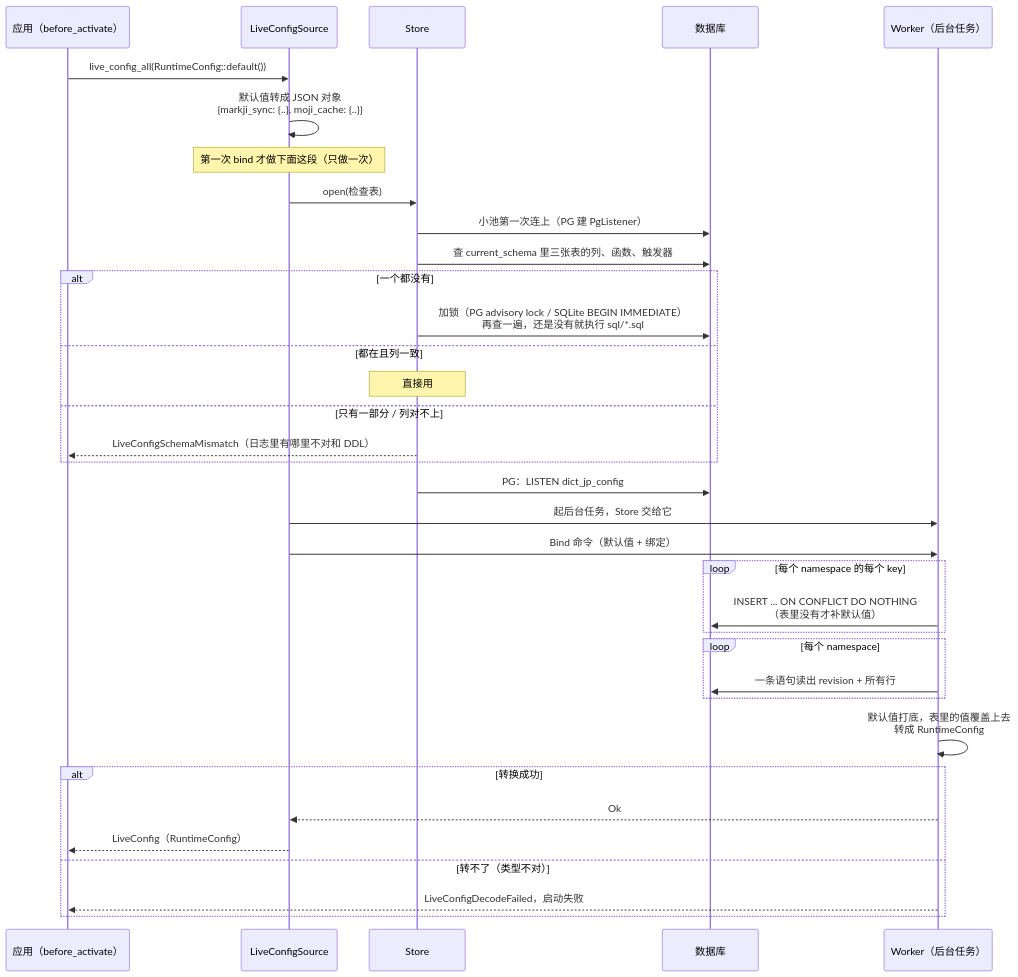
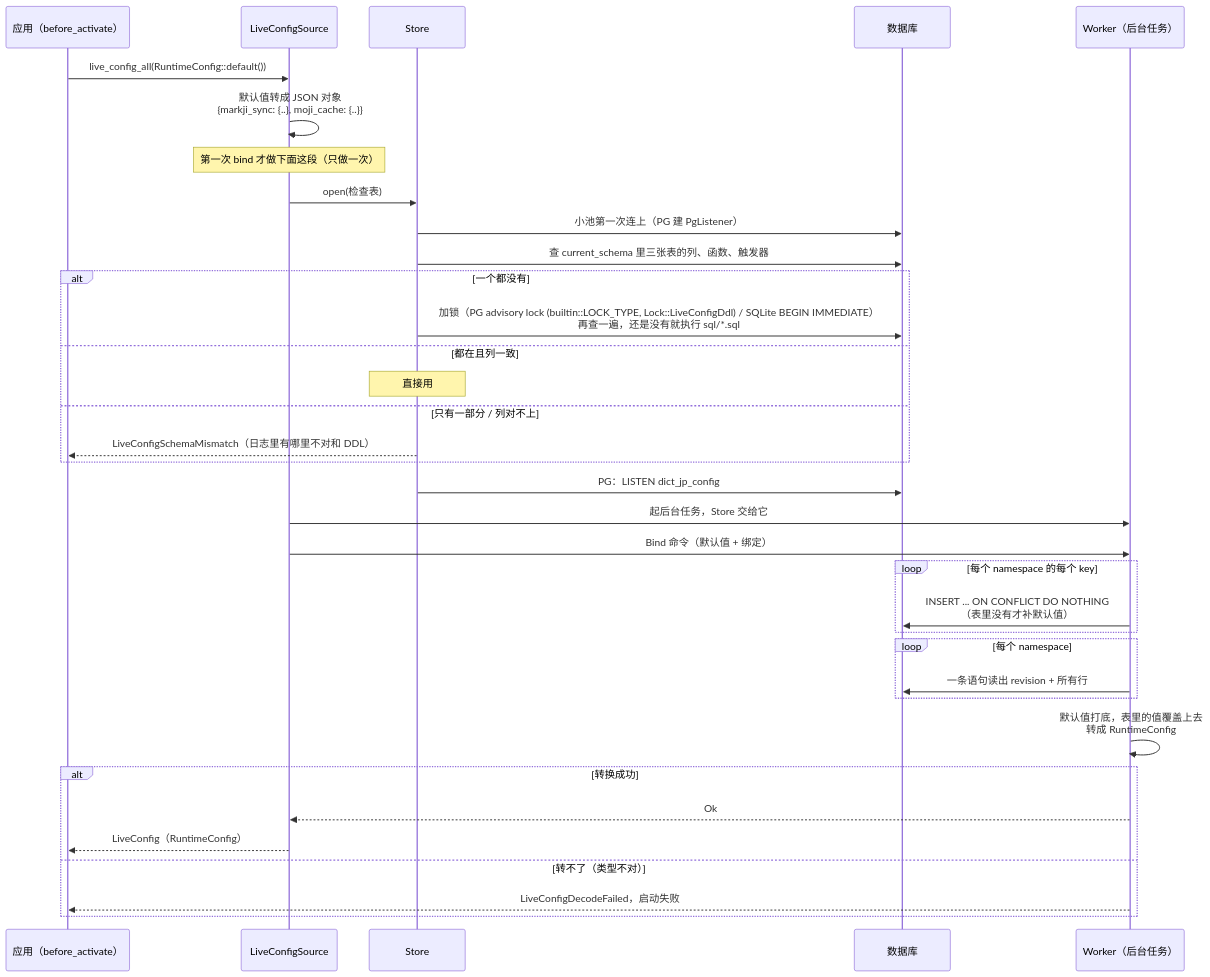
The third of 7 diagrams in docs/design/live-config.md (tpxxwz/hygiea), drawn with Mermaid before and after one commit. The commit also changed 14 other files, not shown here.

````diff
--- a/docs/design/live-config.md
+++ b/docs/design/live-config.md
@@ -157,38 +157,38 @@
 ```mermaid
 sequenceDiagram
     participant App as 应用（before_activate）
     participant Src as LiveConfigSource
     participant St as Store
     participant DB as 数据库
     participant W as Worker（后台任务）
 
     App->>Src: live_config_all(RuntimeConfig::default())
     Src->>Src: 默认值转成 JSON 对象<br/>{markji_sync: {..}, moji_cache: {..}}
     Note over Src: 第一次 bind 才做下面这段（只做一次）
     Src->>St: open(检查表)
     St->>DB: 小池第一次连上（PG 建 PgListener）
     St->>DB: 查 current_schema 里三张表的列、函数、触发器
     alt 一个都没有
-        St->>DB: 加锁（PG advisory lock / SQLite BEGIN IMMEDIATE）<br/>再查一遍，还是没有就执行 sql/*.sql
+        St->>DB: 加锁（PG advisory lock (builtin::LOCK_TYPE, Lock::LiveConfigDdl) / SQLite BEGIN IMMEDIATE）<br/>再查一遍，还是没有就执行 sql/*.sql
     else 都在且列一致
         Note over St: 直接用
     else 只有一部分 / 列对不上
         St-->>App: LiveConfigSchemaMismatch（日志里有哪里不对和 DDL）
     end
     St->>DB: PG：LISTEN dict_jp_config
     Src->>W: 起后台任务，Store 交给它
     Src->>W: Bind 命令（默认值 + 绑定）
     loop 每个 namespace 的每个 key
         W->>DB: INSERT ... ON CONFLICT DO NOTHING<br/>（表里没有才补默认值）
     end
     loop 每个 namespace
         W->>DB: 一条语句读出 revision + 所有行
     end
     W->>W: 默认值打底，表里的值覆盖上去<br/>转成 RuntimeConfig
     alt 转换成功
         W-->>Src: Ok
         Src-->>App: LiveConfig（RuntimeConfig）
     else 转不了（类型不对）
         W-->>App: LiveConfigDecodeFailed，启动失败
     end
 ```
````
